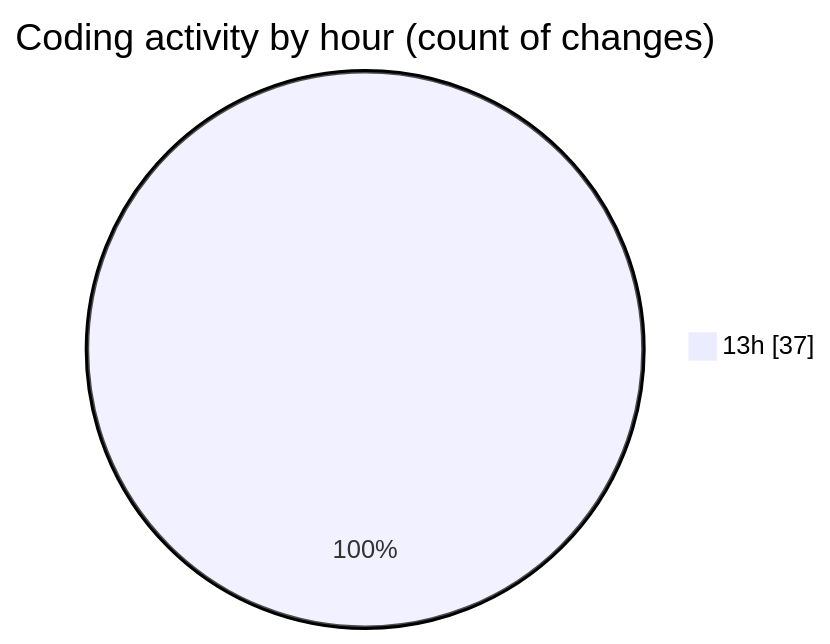
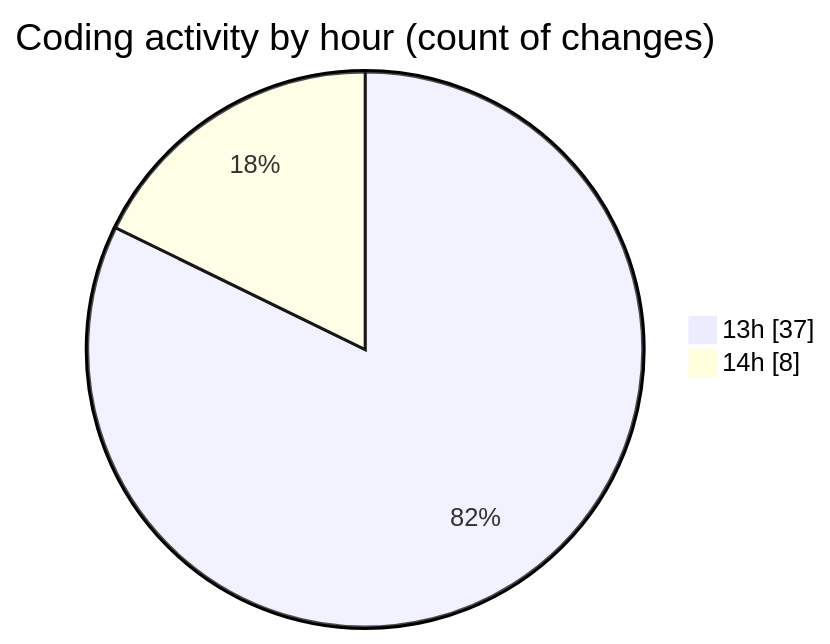
The second of 2 diagrams in 2026-04-11/scripting_workshop/README.md (Unknowalive/code-tracking), drawn with Mermaid before and after one commit. The commit also changed other lines of this file and 1 other file, not shown here.

````diff
--- a/2026-04-11/scripting_workshop/README.md
+++ b/2026-04-11/scripting_workshop/README.md
@@ -52,5 +53,6 @@
 ```mermaid
 pie showData
 title Coding activity by hour (count of changes)
 "13h" : 37
+"14h" : 8
 ```
````
